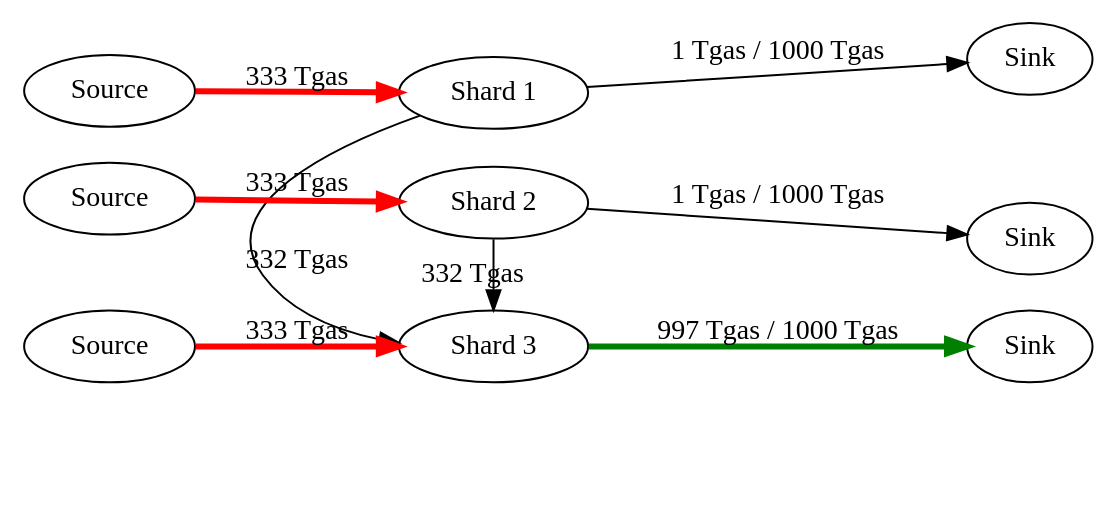
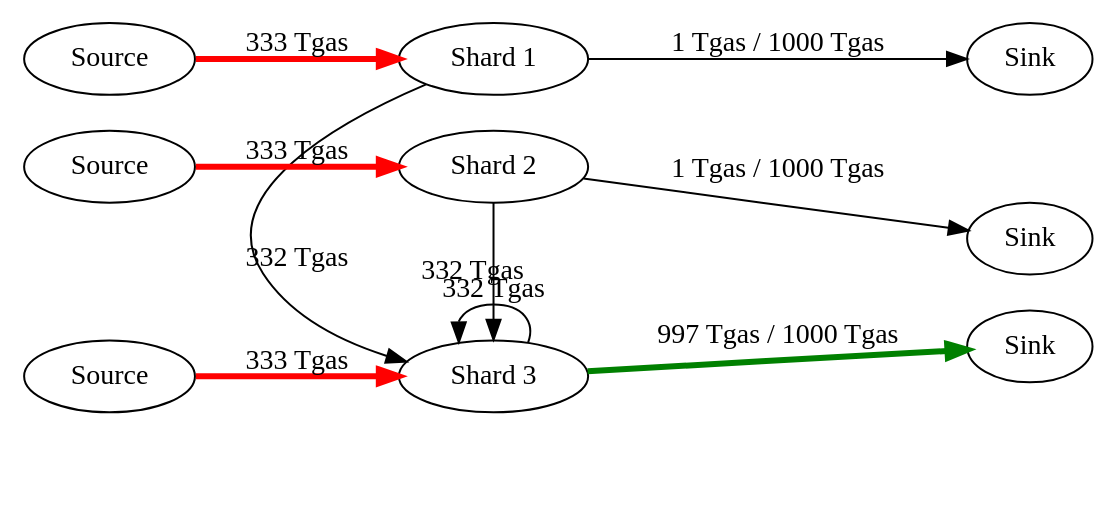
The diagram in docs/images/congestion/receipt_flow_example_1_1.dot (near/nearcore), drawn with Graphviz before and after one commit. The commit also changed 6 other files, not shown here.

```diff
--- a/docs/images/congestion/receipt_flow_example_1_1.dot
+++ b/docs/images/congestion/receipt_flow_example_1_1.dot
@@ -1,71 +1,72 @@
 digraph G {
     rankdir=LR;
 
     // Invisible nodes for alignment
     {
         node [shape=point, width=0, height=0, label=""];
         invisible_sink1;
         invisible_sink2;
         invisible_sink3;
     }
 
     // Nodes
     subgraph cluster_shard1 {
         label = "Shard 1";
         style=filled;
         color=lightgrey;
         node [shape=ellipse];
 
         Source1 [label="Source"];
         Shard1 [label="Shard 1"];
         Sink1 [label="Sink"];
 
         Sink1 -> invisible_sink1 [style=invis];
     }
 
     subgraph cluster_shard2 {
         label = "Shard 2";
         style=filled;
         color=lightgrey;
         node [shape=ellipse];
 
         Source2 [label="Source"];
         Shard2 [label="Shard 2"];
         Sink2 [label="Sink"];
 
         invisible_sink1 -> invisible_sink2 [style=invis];
         Sink2 -> invisible_sink2 [style=invis];
     }
 
     subgraph cluster_shard3 {
         label = "Shard 3";
         style=filled;
         color=lightgrey;
         node [shape=ellipse];
 
         Source3 [label="Source"];
         Shard3 [label="Shard 3"];
         Sink3 [label="Sink"];
 
         invisible_sink2 -> invisible_sink3 [style=invis];
         Sink3 -> invisible_sink3 [style=invis];
     }
 
     // Edges
     Source1 -> Shard1 [label="333 Tgas" color="red" penwidth=3];
     Shard1 -> Sink1 [label="1 Tgas / 1000 Tgas"];
 
     Source2 -> Shard2 [label="333 Tgas" color="red" penwidth=3];
     Shard2 -> Sink2 [label="1 Tgas / 1000 Tgas"];
 
     Source3 -> Shard3 [label="333 Tgas" color="red" penwidth=3];
     Shard3 -> Sink3 [label="997 Tgas / 1000 Tgas" color="green" penwidth=3];
 
     Shard1 -> Shard3 [label="332 Tgas"];
     Shard2 -> Shard3 [label="332 Tgas"];
+    Shard3 -> Shard3 [label="332 Tgas", dir="back"];
 
     // Aligning subgraphs
     {rank=same; Source1; Source2; Source3;}
     {rank=same; Shard1; Shard2; Shard3;}
     {rank=same; Sink1; Sink2; Sink3; invisible_sink1; invisible_sink2; invisible_sink3;}
 }
```
